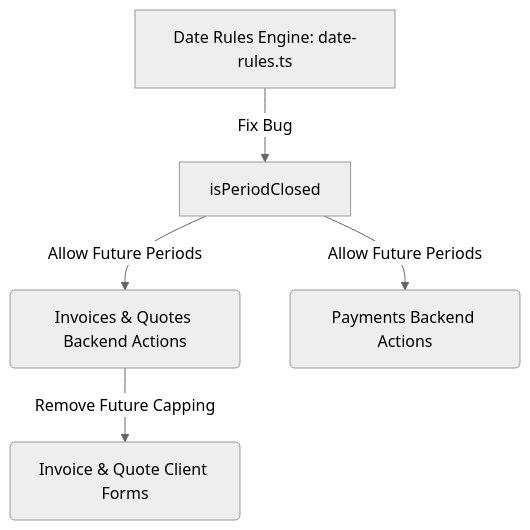
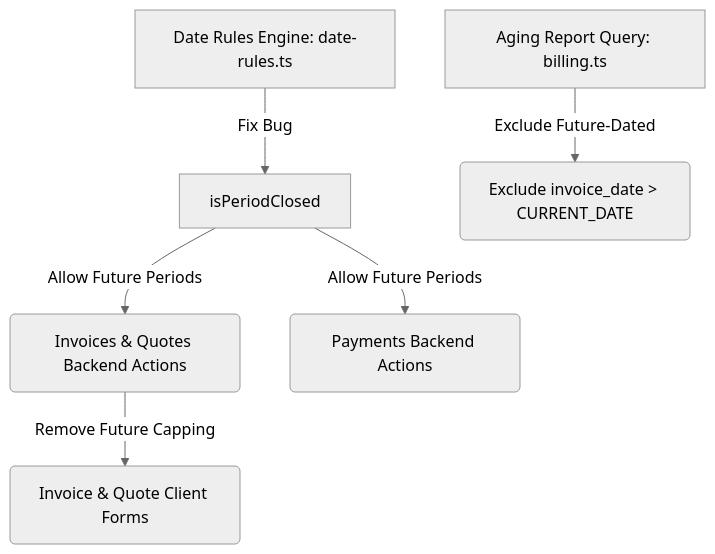
One commit to jchademwiri/pmg-hub changed the diagram in docs/implementation-plans/date_inputs_rules_improvement_plan.md. Above: the diagram before and after it, drawn with Mermaid (neutral theme). The commit also changed other lines of this file and 1 other file, not shown here.

Commit message:
feat: add billing query layer for quotations and invoices with date filtering utilities

````diff
--- a/docs/implementation-plans/date_inputs_rules_improvement_plan.md
+++ b/docs/implementation-plans/date_inputs_rules_improvement_plan.md
@@ -58,7 +61,8 @@
 ```mermaid
 graph TD
     A[Date Rules Engine: date-rules.ts] -->|Fix Bug| B[isPeriodClosed]
     B -->|Allow Future Periods| C(Invoices & Quotes Backend Actions)
     B -->|Allow Future Periods| D(Payments Backend Actions)
     C -->|Remove Future Capping| E(Invoice & Quote Client Forms)
+    F[Aging Report Query: billing.ts] -->|Exclude Future-Dated| G(Exclude invoice_date > CURRENT_DATE)
 ```
````
